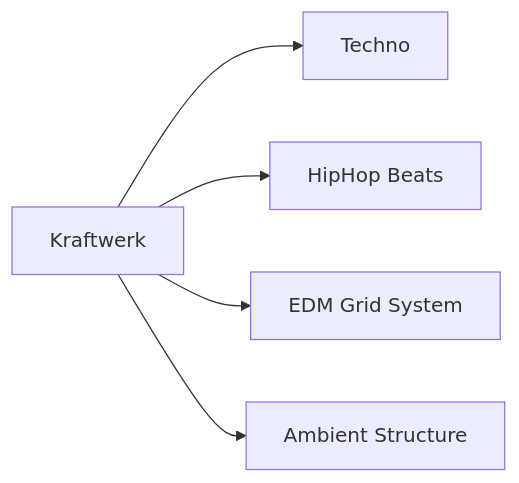
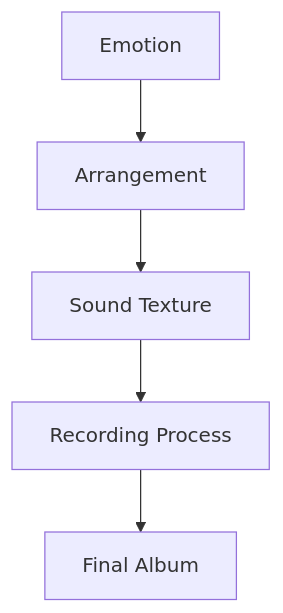
The sixth of 21 diagrams in _posts/2026-06-27-column-influential-album-01.md (monumental-movement/monumental-movement.github.io), drawn with Mermaid before and after one commit. The commit also changed other lines of this file and 3 other files, not shown here.

```diff
--- a/_posts/2026-06-27-column-influential-album-01.md
+++ b/_posts/2026-06-27-column-influential-album-01.md
@@ -133,7 +153,7 @@
 <div class="mermaid">
-flowchart LR
-K[Kraftwerk] --> T[Techno]
-K --> H[HipHop Beats]
-K --> E[EDM Grid System]
-K --> A[Ambient Structure]
+flowchart TB
+A[Emotion] --> B[Arrangement]
+B --> C[Sound Texture]
+C --> D[Recording Process]
+D --> E[Final Album]
 </div>
```
